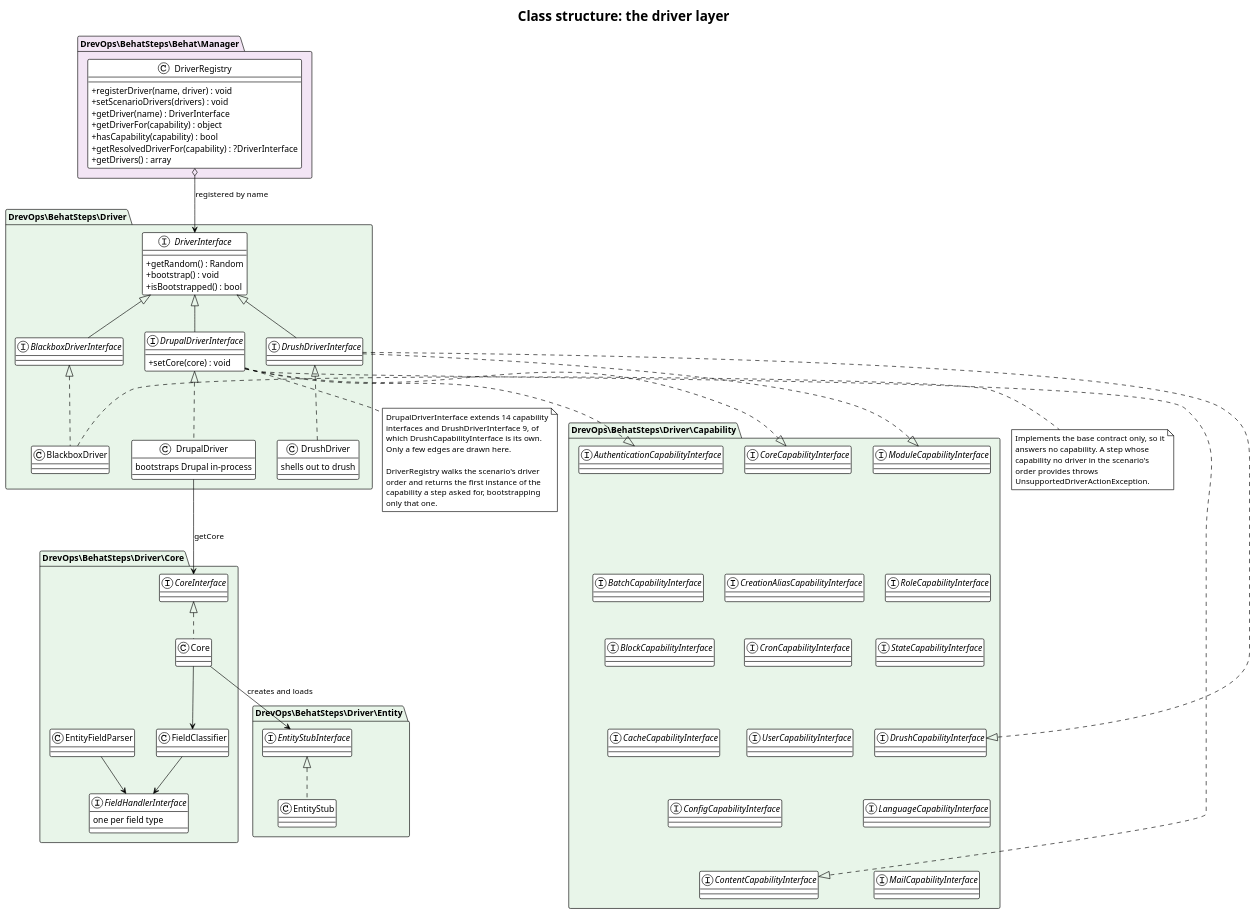
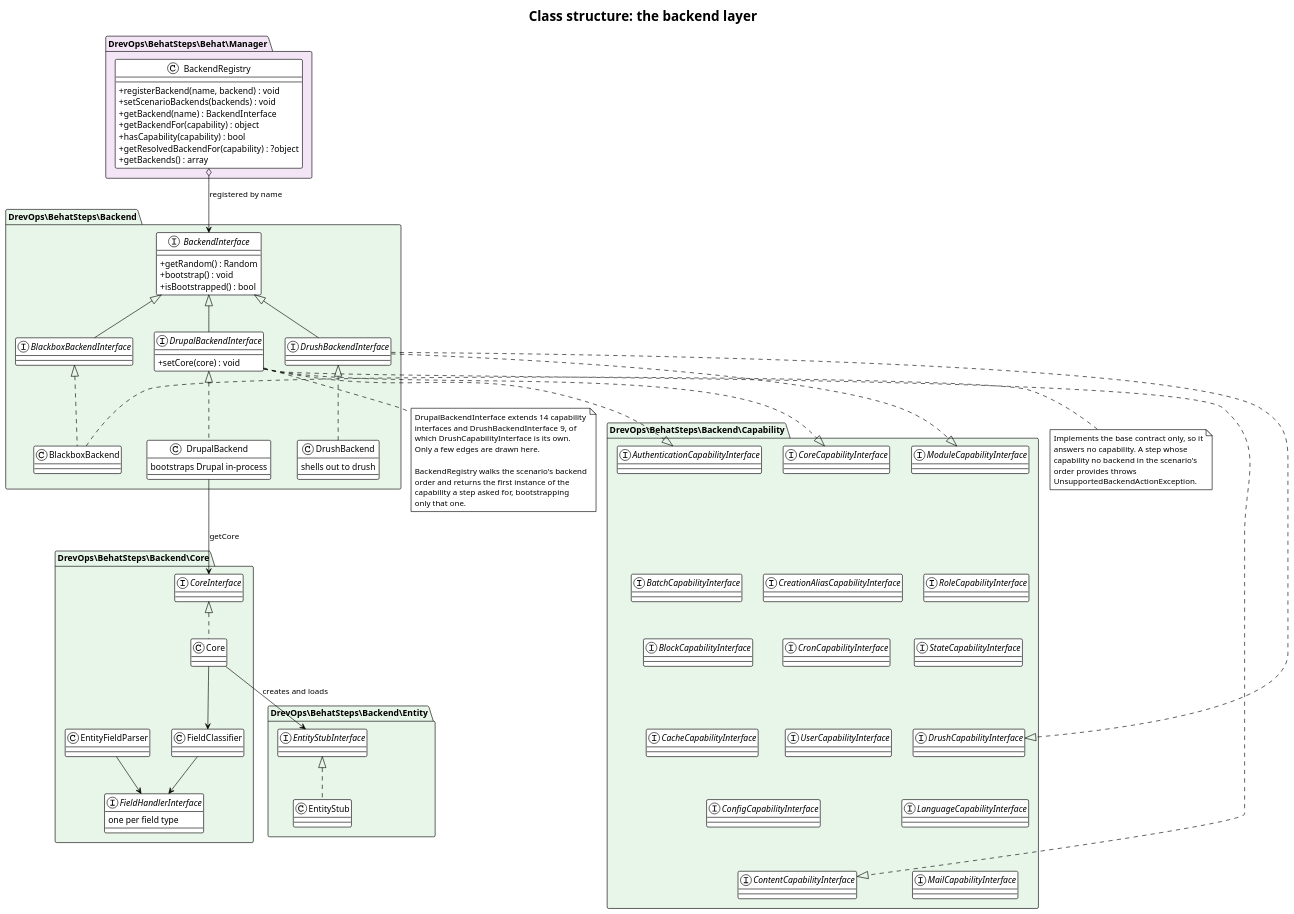
One commit to drevops/behat-steps changed the diagram in docs/architecture/class-backends.puml. Above: the diagram before and after it, drawn with PlantUML. The commit also changed 10 other files, not shown here.

Commit message:
[#893] Re-traced the architecture docs and diagrams for the backend layer.

```diff
--- a/docs/architecture/class-backends.puml
+++ b/docs/architecture/class-backends.puml
@@ -1,145 +1,145 @@
 @startuml
-' drevops/behat-steps - the Behat-free driver layer and its capability model.
-' Traced from src/Driver/DriverInterface.php, DrupalDriverInterface.php,
-' DrushDriverInterface.php, BlackboxDriverInterface.php, DrupalDriver.php,
-' DrushDriver.php, BlackboxDriver.php, src/Driver/Capability/,
-' src/Driver/Core/, src/Driver/Entity/, src/Behat/Manager/DriverRegistry.php,
+' drevops/behat-steps - the Behat-free backend layer and its capability model.
+' Traced from src/Backend/BackendInterface.php, DrupalBackendInterface.php,
+' DrushBackendInterface.php, BlackboxBackendInterface.php, DrupalBackend.php,
+' DrushBackend.php, BlackboxBackend.php, src/Backend/Capability/,
+' src/Backend/Core/, src/Backend/Entity/, src/Behat/Manager/BackendRegistry.php,
 ' scripts/lint-layers.php.
 ' Regenerate every SVG with:  plantuml -tsvg docs/architecture/*.puml
 !theme plain
 skinparam backgroundColor white
 skinparam defaultFontName Helvetica
 skinparam shadowing false
 skinparam classAttributeIconSize 0
-title Class structure: the driver layer
+title Class structure: the backend layer
 
 package "DrevOps\\BehatSteps\\Behat\\Manager" #F3E5F5 {
-  class DriverRegistry {
-    +registerDriver(name, driver) : void
-    +setScenarioDrivers(drivers) : void
-    +getDriver(name) : DriverInterface
-    +getDriverFor(capability) : object
+  class BackendRegistry {
+    +registerBackend(name, backend) : void
+    +setScenarioBackends(backends) : void
+    +getBackend(name) : BackendInterface
+    +getBackendFor(capability) : object
     +hasCapability(capability) : bool
-    +getResolvedDriverFor(capability) : ?DriverInterface
-    +getDrivers() : array
+    +getResolvedBackendFor(capability) : ?object
+    +getBackends() : array
   }
 }
 
-package "DrevOps\\BehatSteps\\Driver" #E8F5E9 {
+package "DrevOps\\BehatSteps\\Backend" #E8F5E9 {
 
-  interface DriverInterface {
+  interface BackendInterface {
     +getRandom() : Random
     +bootstrap() : void
     +isBootstrapped() : bool
   }
 
-  interface BlackboxDriverInterface
-  interface DrupalDriverInterface {
+  interface BlackboxBackendInterface
+  interface DrupalBackendInterface {
     +setCore(core) : void
   }
-  interface DrushDriverInterface
+  interface DrushBackendInterface
 
-  class BlackboxDriver
-  class DrupalDriver {
+  class BlackboxBackend
+  class DrupalBackend {
     bootstraps Drupal in-process
   }
-  class DrushDriver {
+  class DrushBackend {
     shells out to drush
   }
 
-  DriverInterface <|-- BlackboxDriverInterface
-  DriverInterface <|-- DrupalDriverInterface
-  DriverInterface <|-- DrushDriverInterface
+  BackendInterface <|-- BlackboxBackendInterface
+  BackendInterface <|-- DrupalBackendInterface
+  BackendInterface <|-- DrushBackendInterface
 
-  BlackboxDriverInterface <|.. BlackboxDriver
-  DrupalDriverInterface <|.. DrupalDriver
-  DrushDriverInterface <|.. DrushDriver
+  BlackboxBackendInterface <|.. BlackboxBackend
+  DrupalBackendInterface <|.. DrupalBackend
+  DrushBackendInterface <|.. DrushBackend
 }
 
-package "DrevOps\\BehatSteps\\Driver\\Capability" #E8F5E9 {
+package "DrevOps\\BehatSteps\\Backend\\Capability" #E8F5E9 {
   interface AuthenticationCapabilityInterface
   interface BatchCapabilityInterface
   interface BlockCapabilityInterface
   interface CacheCapabilityInterface
   interface ConfigCapabilityInterface
   interface ContentCapabilityInterface
   interface CoreCapabilityInterface
   interface CreationAliasCapabilityInterface
   interface CronCapabilityInterface
   interface DrushCapabilityInterface
   interface LanguageCapabilityInterface
   interface MailCapabilityInterface
   interface ModuleCapabilityInterface
   interface RoleCapabilityInterface
   interface StateCapabilityInterface
   interface UserCapabilityInterface
 
   AuthenticationCapabilityInterface -[hidden]down- BatchCapabilityInterface
   BatchCapabilityInterface -[hidden]down- BlockCapabilityInterface
   BlockCapabilityInterface -[hidden]down- CacheCapabilityInterface
   CacheCapabilityInterface -[hidden]down- ConfigCapabilityInterface
   ConfigCapabilityInterface -[hidden]down- ContentCapabilityInterface
 
   CoreCapabilityInterface -[hidden]down- CreationAliasCapabilityInterface
   CreationAliasCapabilityInterface -[hidden]down- CronCapabilityInterface
   CronCapabilityInterface -[hidden]down- DrushCapabilityInterface
   DrushCapabilityInterface -[hidden]down- LanguageCapabilityInterface
   LanguageCapabilityInterface -[hidden]down- MailCapabilityInterface
 
   ModuleCapabilityInterface -[hidden]down- RoleCapabilityInterface
   RoleCapabilityInterface -[hidden]down- StateCapabilityInterface
   StateCapabilityInterface -[hidden]down- UserCapabilityInterface
 }
 
-package "DrevOps\\BehatSteps\\Driver\\Core" #E8F5E9 {
+package "DrevOps\\BehatSteps\\Backend\\Core" #E8F5E9 {
   interface CoreInterface
   class Core
   interface FieldHandlerInterface {
     one per field type
   }
   class FieldClassifier
   class EntityFieldParser
 
   CoreInterface <|.. Core
   Core --> FieldClassifier
   FieldClassifier --> FieldHandlerInterface
   EntityFieldParser --> FieldHandlerInterface
 }
 
-package "DrevOps\\BehatSteps\\Driver\\Entity" #E8F5E9 {
+package "DrevOps\\BehatSteps\\Backend\\Entity" #E8F5E9 {
   interface EntityStubInterface
   class EntityStub
   EntityStubInterface <|.. EntityStub
 }
 
-DriverRegistry o--> DriverInterface : registered by name
+BackendRegistry o--> BackendInterface : registered by name
 
-DrupalDriverInterface ..|> AuthenticationCapabilityInterface
-DrupalDriverInterface ..|> ContentCapabilityInterface
-DrupalDriverInterface ..|> CoreCapabilityInterface
-DrushDriverInterface ..|> DrushCapabilityInterface
-DrushDriverInterface ..|> ModuleCapabilityInterface
+DrupalBackendInterface ..|> AuthenticationCapabilityInterface
+DrupalBackendInterface ..|> ContentCapabilityInterface
+DrupalBackendInterface ..|> CoreCapabilityInterface
+DrushBackendInterface ..|> DrushCapabilityInterface
+DrushBackendInterface ..|> ModuleCapabilityInterface
 
-DrupalDriver --> CoreInterface : getCore
+DrupalBackend --> CoreInterface : getCore
 Core --> EntityStubInterface : creates and loads
 
-note right of BlackboxDriver
+note right of BlackboxBackend
   Implements the base contract only, so it
   answers no capability. A step whose
-  capability no driver in the scenario's
+  capability no backend in the scenario's
   order provides throws
-  UnsupportedDriverActionException.
+  UnsupportedBackendActionException.
 end note
 
-note bottom of DrupalDriverInterface
-  DrupalDriverInterface extends 14 capability
-  interfaces and DrushDriverInterface 9, of
+note bottom of DrupalBackendInterface
+  DrupalBackendInterface extends 14 capability
+  interfaces and DrushBackendInterface 9, of
   which DrushCapabilityInterface is its own.
   Only a few edges are drawn here.
 
-  DriverRegistry walks the scenario's driver
+  BackendRegistry walks the scenario's backend
   order and returns the first instance of the
   capability a step asked for, bootstrapping
   only that one.
 end note
 @enduml
```
